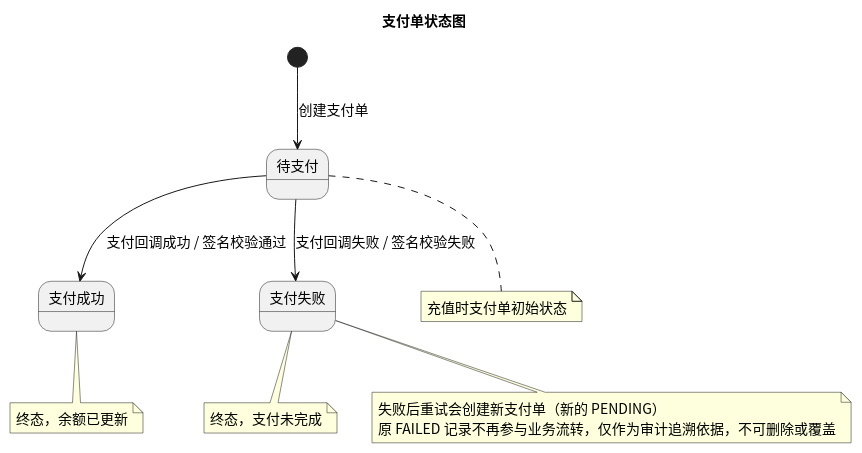
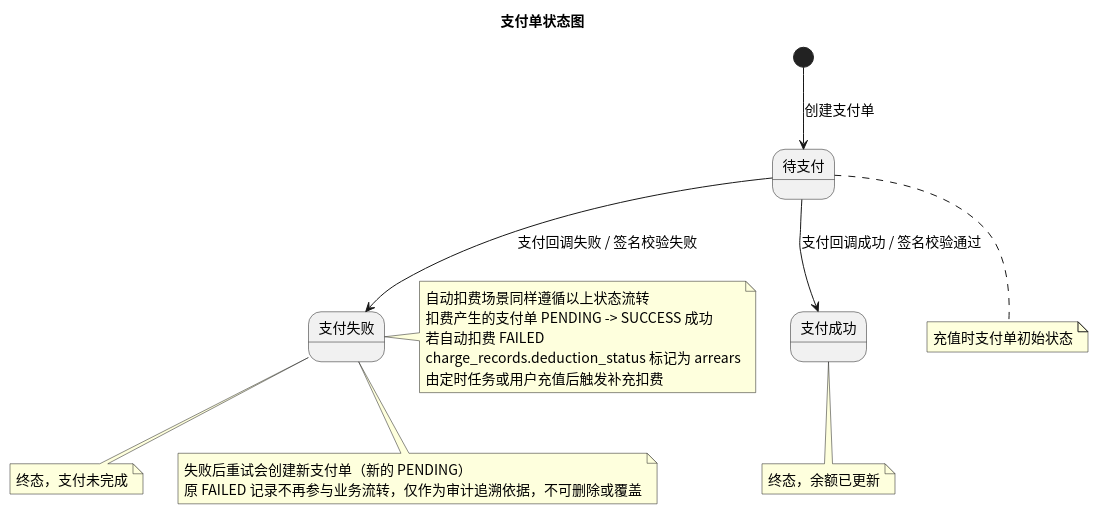
Before and after one commit to greenhandzdl/charging-station-doc: the diagram in status/src/state_payment.puml, drawn with PlantUML. The commit also changed 13 other files, not shown here.

First line of the commit message:
fix: 架构与安全评估第五轮修复 — 支付记录用例对齐、用户充电统计端点、支付图与充电服务修复

```diff
--- a/status/src/state_payment.puml
+++ b/status/src/state_payment.puml
@@ -1,18 +1,20 @@
 @startuml
 skinparam defaultFontName "Noto Sans CJK SC"
 skinparam defaultFontSize 14
 title 支付单状态图
 
 state "待支付" as PENDING
 state "支付成功" as SUCCESS
 state "支付失败" as FAILED
 
 [*] --> PENDING : 创建支付单
 PENDING --> SUCCESS : 支付回调成功 / 签名校验通过
 PENDING --> FAILED : 支付回调失败 / 签名校验失败
 
 note bottom of PENDING : 充值时支付单初始状态
 note bottom of SUCCESS : 终态，余额已更新
 note bottom of FAILED : 终态，支付未完成
 note bottom of FAILED : 失败后重试会创建新支付单（新的 PENDING）\n原 FAILED 记录不再参与业务流转，仅作为审计追溯依据，不可删除或覆盖
+
+note right of FAILED : 自动扣费场景同样遵循以上状态流转\n扣费产生的支付单 PENDING -> SUCCESS 成功\n若自动扣费 FAILED\ncharge_records.deduction_status 标记为 arrears\n由定时任务或用户充值后触发补充扣费
 @enduml
```
